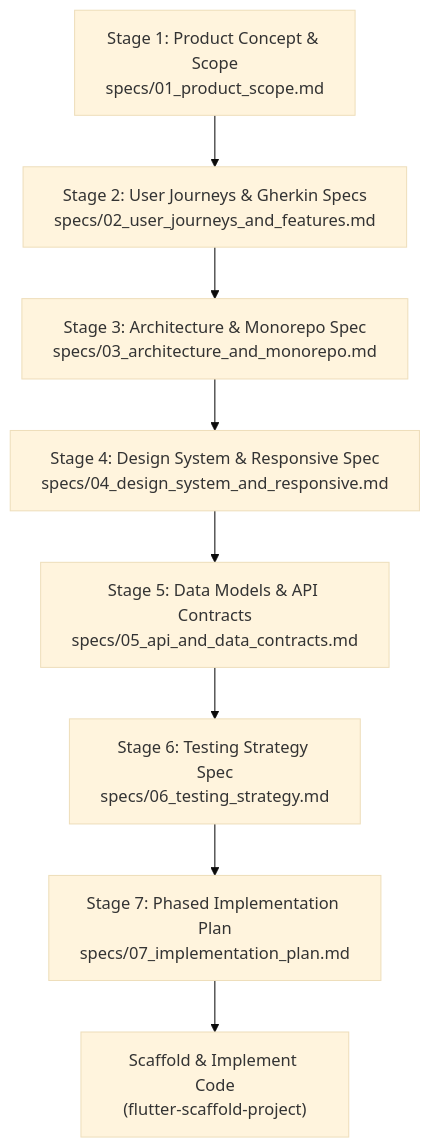
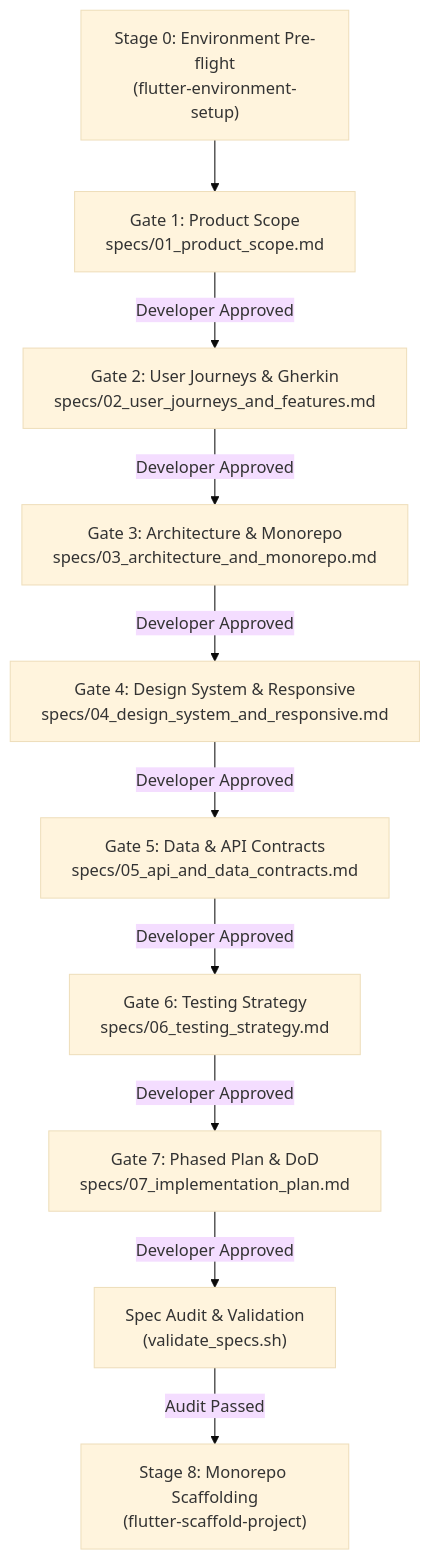
Before and after one commit to tarunkhurana2015/ai-skills: the first of 2 diagrams in skills/flutter-spec-driven-development/SKILL.md, drawn with Mermaid (base theme). The commit also changed other lines of this file and 4 other files, not shown here.

Commit message:
feat(flutter-sdd): enforce stage 0 environment pre-check, strict stage gating, and scaffold enforcement

````diff
--- a/skills/flutter-spec-driven-development/SKILL.md
+++ b/skills/flutter-spec-driven-development/SKILL.md
@@ -32,10 +32,12 @@
 ```mermaid
 graph TD
-    S1["Stage 1: Product Concept & Scope<br/>specs/01_product_scope.md"] --> S2["Stage 2: User Journeys & Gherkin Specs<br/>specs/02_user_journeys_and_features.md"]
-    S2 --> S3["Stage 3: Architecture & Monorepo Spec<br/>specs/03_architecture_and_monorepo.md"]
-    S3 --> S4["Stage 4: Design System & Responsive Spec<br/>specs/04_design_system_and_responsive.md"]
-    S4 --> S5["Stage 5: Data Models & API Contracts<br/>specs/05_api_and_data_contracts.md"]
-    S5 --> S6["Stage 6: Testing Strategy Spec<br/>specs/06_testing_strategy.md"]
-    S6 --> S7["Stage 7: Phased Implementation Plan<br/>specs/07_implementation_plan.md"]
-    S7 --> CODE["Scaffold & Implement Code<br/>(flutter-scaffold-project)"]
+    S0["Stage 0: Environment Pre-flight<br/>(flutter-environment-setup)"] --> G1["Gate 1: Product Scope<br/>specs/01_product_scope.md"]
+    G1 -->|Developer Approved| G2["Gate 2: User Journeys & Gherkin<br/>specs/02_user_journeys_and_features.md"]
+    G2 -->|Developer Approved| G3["Gate 3: Architecture & Monorepo<br/>specs/03_architecture_and_monorepo.md"]
+    G3 -->|Developer Approved| G4["Gate 4: Design System & Responsive<br/>specs/04_design_system_and_responsive.md"]
+    G4 -->|Developer Approved| G5["Gate 5: Data & API Contracts<br/>specs/05_api_and_data_contracts.md"]
+    G5 -->|Developer Approved| G6["Gate 6: Testing Strategy<br/>specs/06_testing_strategy.md"]
+    G6 -->|Developer Approved| G7["Gate 7: Phased Plan & DoD<br/>specs/07_implementation_plan.md"]
+    G7 -->|Developer Approved| AUDIT["Spec Audit & Validation<br/>(validate_specs.sh)"]
+    AUDIT -->|Audit Passed| S8["Stage 8: Monorepo Scaffolding<br/>(flutter-scaffold-project)"]
 ```
````
